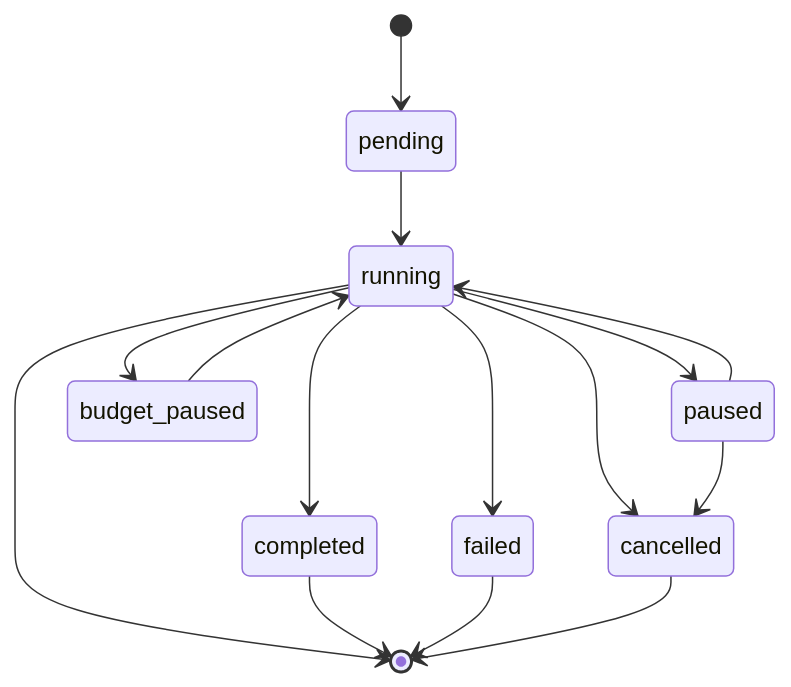
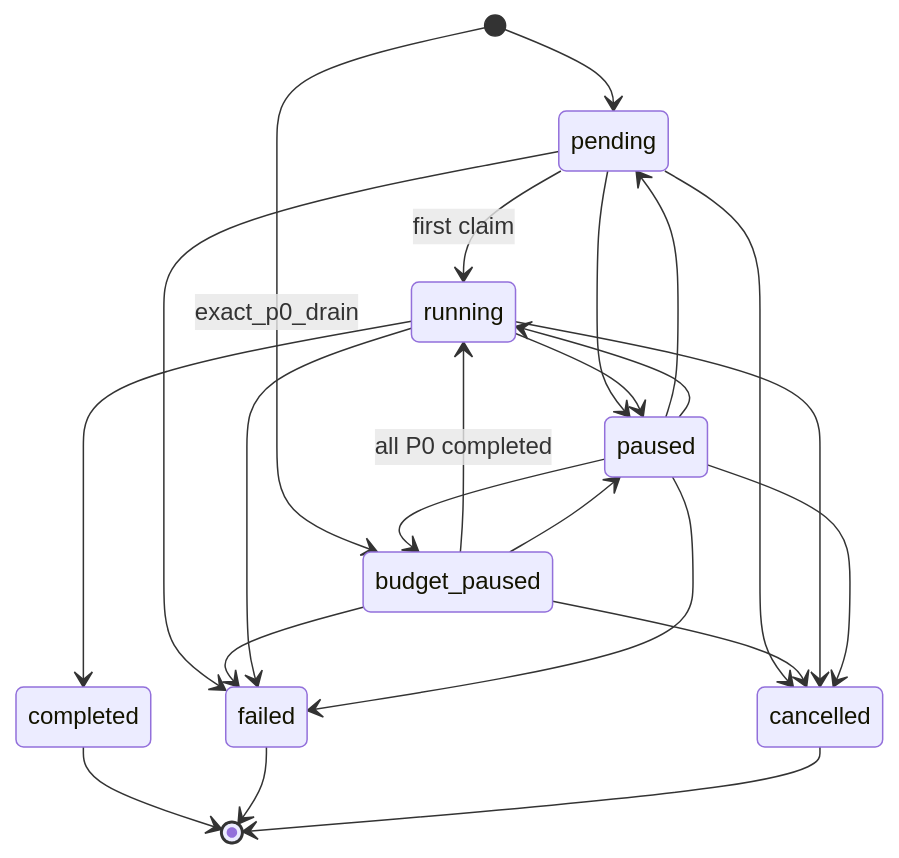
Before and after one commit to WyattJHayes/sub2api: the second of 4 diagrams in docs/radar-platform-test-architecture.md, drawn with Mermaid. The commit also changed other lines of this file and 2 other files, not shown here.

Commit message:
docs(radar): define trusted execution contracts

````diff
--- a/docs/radar-platform-test-architecture.md
+++ b/docs/radar-platform-test-architecture.md
@@ -97,17 +97,25 @@
 ```mermaid
 stateDiagram-v2
     [*] --> pending
-    pending --> running
+    [*] --> budget_paused: exact_p0_drain
+    pending --> running: first claim
+    pending --> paused
+    pending --> failed
+    pending --> cancelled
+    budget_paused --> running: all P0 completed
+    budget_paused --> paused
+    budget_paused --> failed
+    budget_paused --> cancelled
     running --> paused
-    running --> budget_paused
     running --> completed
     running --> failed
     running --> cancelled
+    paused --> pending
+    paused --> budget_paused
     paused --> running
-    budget_paused --> running
+    paused --> failed
     paused --> cancelled
-    running --> [*]
     completed --> [*]
     failed --> [*]
     cancelled --> [*]
 ```
````
